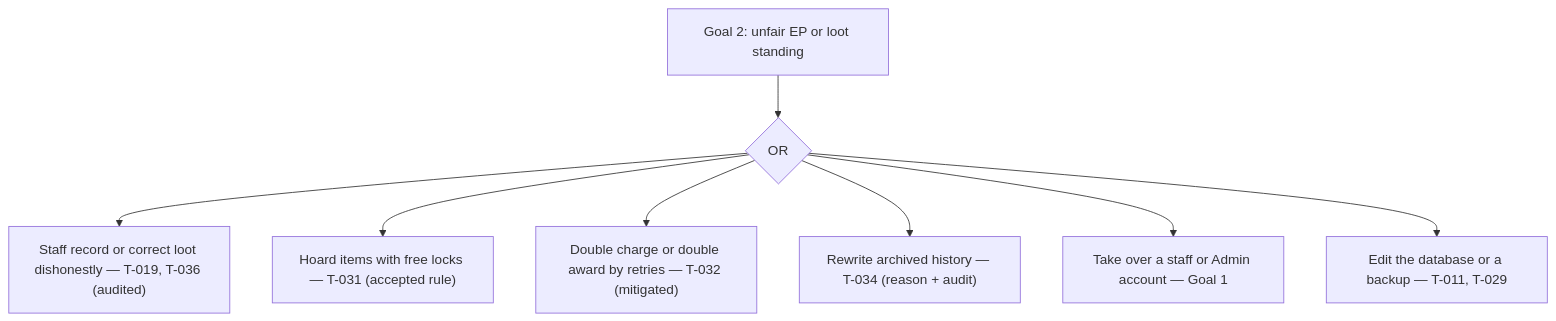
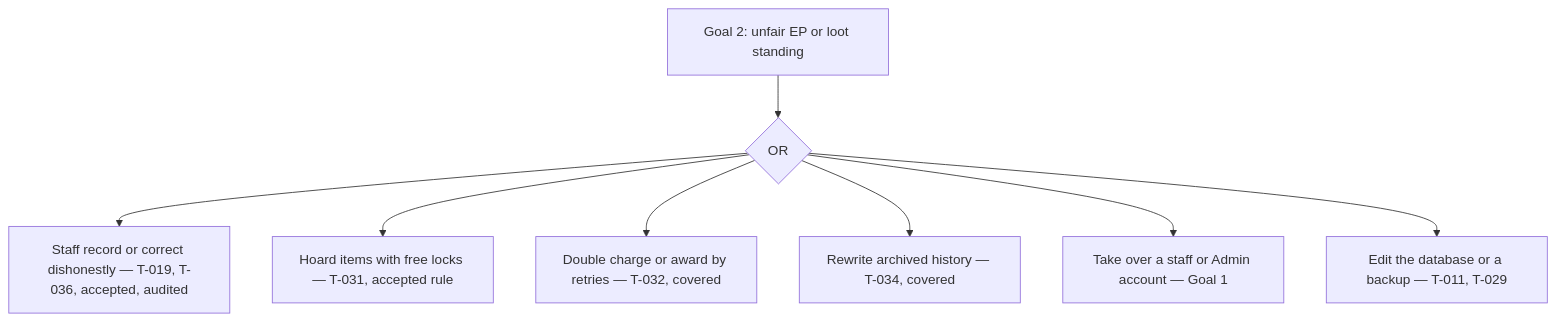
The second of 6 diagrams in THREAT_MODEL.md (robinschweitz/raid-website), drawn with Mermaid before and after one commit. The commit also changed other lines of this file, not shown here.

````diff
--- a/THREAT_MODEL.md
+++ b/THREAT_MODEL.md
@@ -439,10 +399,10 @@
 ```mermaid
 flowchart TD
   G2["Goal 2: unfair EP or loot standing"] --> O{OR}
-  O --> B1["Staff record or correct loot dishonestly — T-019, T-036 (audited)"]
-  O --> B2["Hoard items with free locks — T-031 (accepted rule)"]
-  O --> B3["Double charge or double award by retries — T-032 (mitigated)"]
-  O --> B4["Rewrite archived history — T-034 (reason + audit)"]
+  O --> B1["Staff record or correct dishonestly — T-019, T-036, accepted, audited"]
+  O --> B2["Hoard items with free locks — T-031, accepted rule"]
+  O --> B3["Double charge or award by retries — T-032, covered"]
+  O --> B4["Rewrite archived history — T-034, covered"]
   O --> B5["Take over a staff or Admin account — Goal 1"]
   O --> B6["Edit the database or a backup — T-011, T-029"]
 ```
````
